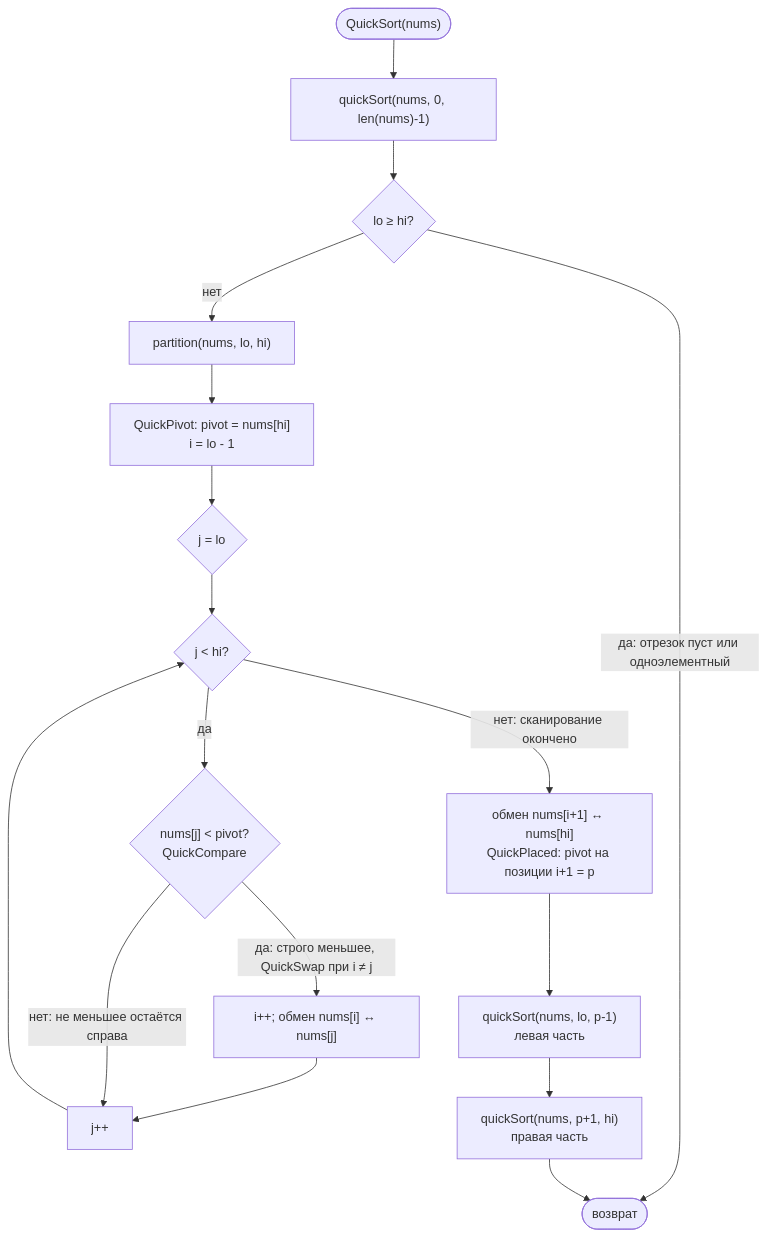
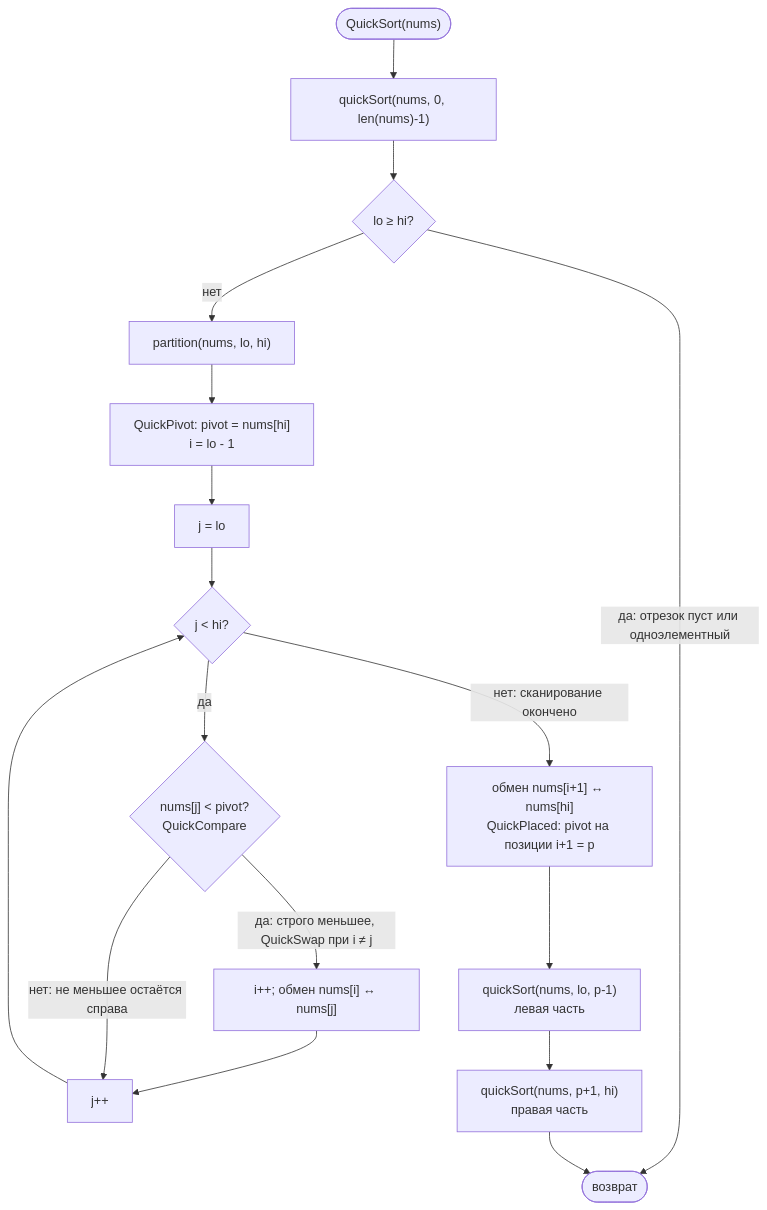
Before and after one commit to EvgeniiIvanov/algo: the third of 3 diagrams in docs/algorithms/merge-quicksort.md, drawn with Mermaid.

Commit message:
docs(30): make quicksort j = lo node rectangle not diamond

````diff
--- a/docs/algorithms/merge-quicksort.md
+++ b/docs/algorithms/merge-quicksort.md
@@ -71,19 +71,19 @@
 ```mermaid
 flowchart TD
     QsStart(["QuickSort(nums)"]) --> QsRecurse["quickSort(nums, 0, len(nums)-1)"]
     QsRecurse --> QsBase{"lo ≥ hi?"}
     QsBase -- "да: отрезок пуст или одноэлементный" --> QsReturn([возврат])
     QsBase -- "нет" --> QsPartition["partition(nums, lo, hi)"]
     QsPartition --> QsPivot["QuickPivot: pivot = nums[hi]<br/>i = lo - 1"]
-    QsPivot --> QsScanInit{"j = lo"}
+    QsPivot --> QsScanInit["j = lo"]
     QsScanInit --> QsBounds{"j < hi?"}
     QsBounds -- "да" --> QsCompare{"nums[j] < pivot?<br/>QuickCompare"}
     QsCompare -- "да: строго меньшее, QuickSwap при i ≠ j" --> QsSwap["i++; обмен nums[i] ↔ nums[j]"]
     QsSwap --> QsNext["j++"]
     QsCompare -- "нет: не меньшее остаётся справа" --> QsNext
     QsNext --> QsBounds
     QsBounds -- "нет: сканирование окончено" --> QsPlace["обмен nums[i+1] ↔ nums[hi]<br/>QuickPlaced: pivot на позиции i+1 = p"]
     QsPlace --> QsLeft["quickSort(nums, lo, p-1)<br/>левая часть"]
     QsLeft --> QsRight["quickSort(nums, p+1, hi)<br/>правая часть"]
     QsRight --> QsReturn
 ```
````
